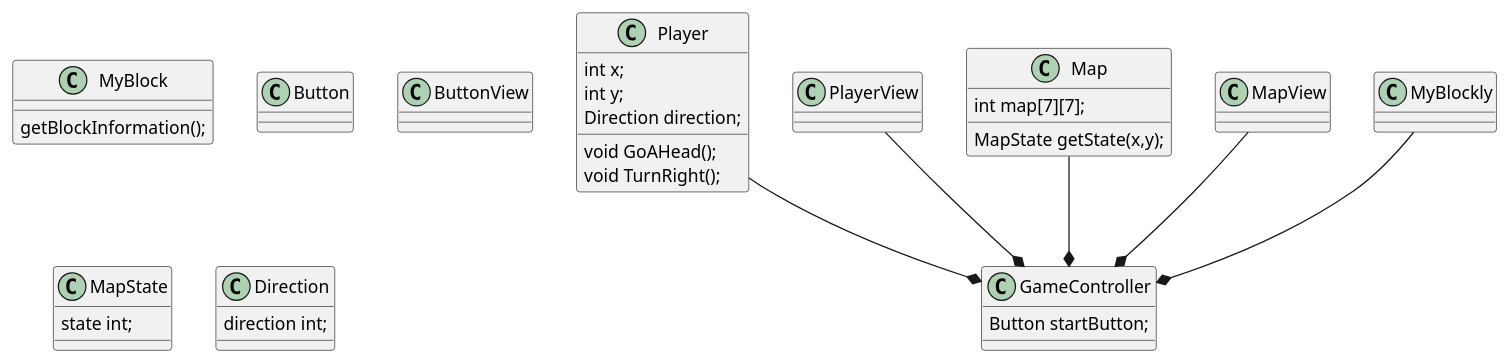
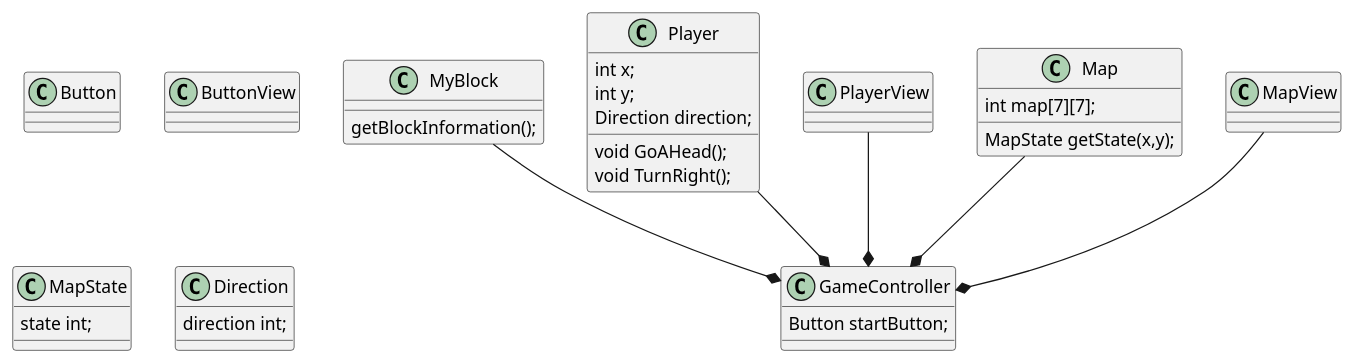
Before and after one commit to KohamaKaito/Lord_of_Code: the diagram in gomadare.puml, drawn with PlantUML. The commit also changed 3 other files, not shown here.

```diff
--- a/gomadare.puml
+++ b/gomadare.puml
@@ -1,48 +1,48 @@
 @startuml
 class GameController{
     Button startButton;
 }
 
 class MyBlock{
     getBlockInformation();
 }
 
 class Button{
 }
 
 class ButtonView{
 }
 
 class Player{
     int x;
     int y;
     Direction direction;
     void GoAHead();
     void TurnRight();
 }
 
 class PlayerView{
 }
 
 class Map{
     int map[7][7];
     MapState getState(x,y);
 }
 
 class MapView{
 }
 
 class MapState{
     state int;
 }
 
 class Direction{
     direction int;
 }
 
 Player --* GameController
 PlayerView --* GameController
 Map --* GameController
 MapView --* GameController
-MyBlockly --* GameController
+MyBlock --* GameController
 @enduml
```
